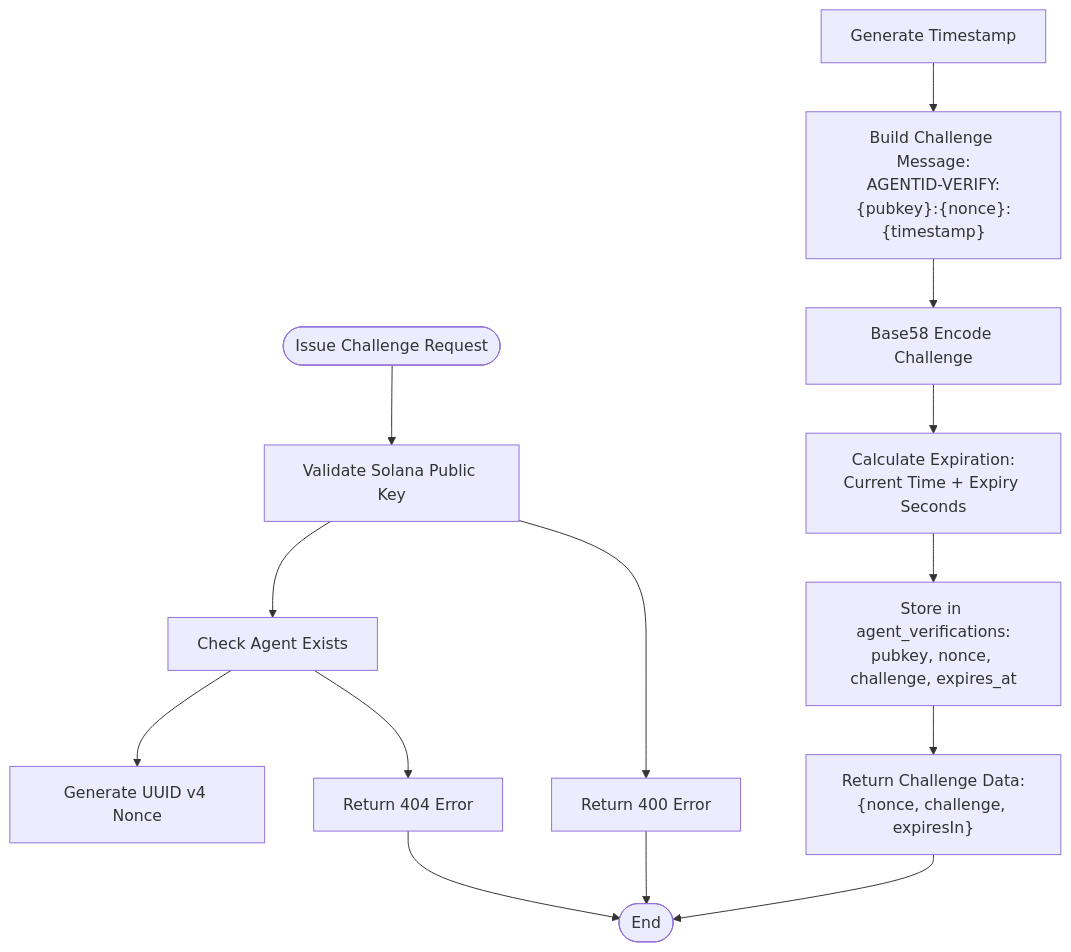
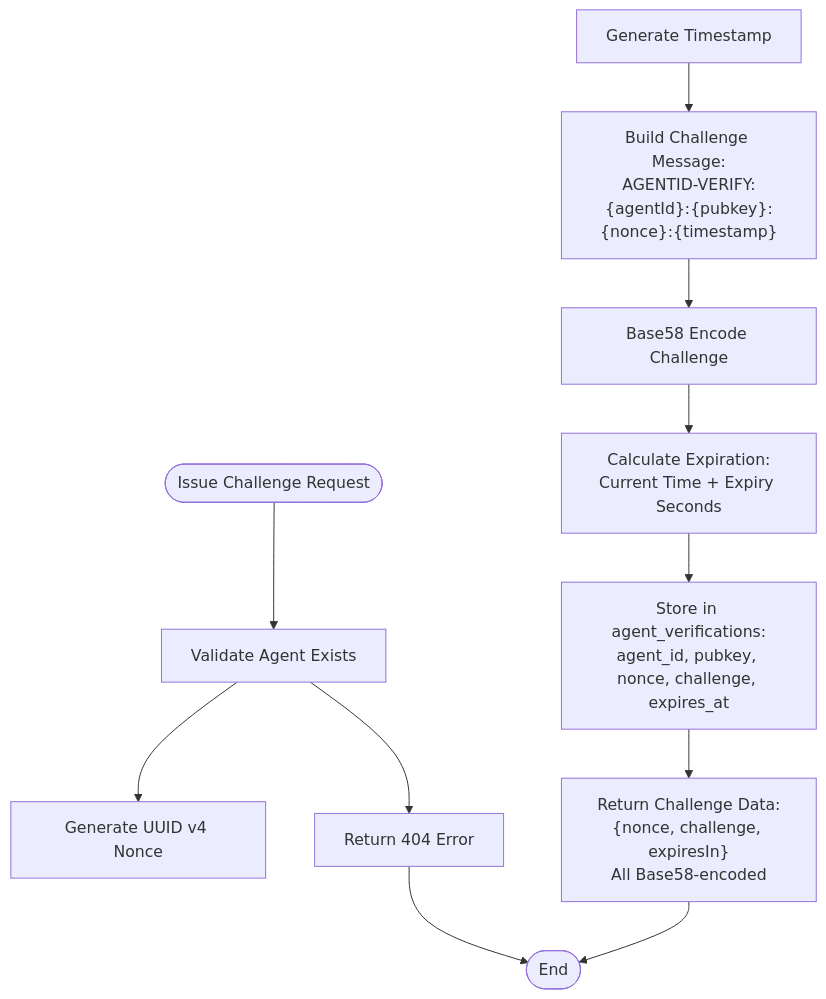
One commit to RunTimeAdmin/AgentID changed the third of 6 diagrams in .qoder/repowiki/en/content/Project Overview/Core Components/PKI Challenge-Response System.md. Above: the diagram before and after it, drawn with Mermaid. The commit also changed other lines of this file and 31 other files, not shown here.

Commit message:
Fix misleading Solana references in frontend — use Ed25519 public key terminology

````diff
--- a/.qoder/repowiki/en/content/Project Overview/Core Components/PKI Challenge-Response System.md
+++ b/.qoder/repowiki/en/content/Project Overview/Core Components/PKI Challenge-Response System.md
@@ -153,16 +170,13 @@
 ```mermaid
 flowchart TD
-Start([Issue Challenge Request]) --> ValidatePubkey["Validate Solana Public Key"]
-ValidatePubkey --> CheckAgent["Check Agent Exists"]
-CheckAgent --> GenerateNonce["Generate UUID v4 Nonce"]
-GenerateTimestamp["Generate Timestamp"] --> BuildMessage["Build Challenge Message:<br/>AGENTID-VERIFY:{pubkey}:{nonce}:{timestamp}"]
+Start([Issue Challenge Request]) --> ValidateAgent["Validate Agent Exists"]
+ValidateAgent --> GenerateNonce["Generate UUID v4 Nonce"]
+GenerateTimestamp["Generate Timestamp"] --> BuildMessage["Build Challenge Message:<br/>AGENTID-VERIFY:{agentId}:{pubkey}:{nonce}:{timestamp}"]
 BuildMessage --> EncodeChallenge["Base58 Encode Challenge"]
 EncodeChallenge --> CalculateExpiry["Calculate Expiration:<br/>Current Time + Expiry Seconds"]
-CalculateExpiry --> StoreRecord["Store in agent_verifications:<br/>pubkey, nonce, challenge, expires_at"]
-StoreRecord --> ReturnChallenge["Return Challenge Data:<br/>{nonce, challenge, expiresIn}"]
-ValidatePubkey --> Error1["Return 400 Error"]
-CheckAgent --> Error2["Return 404 Error"]
+CalculateExpiry --> StoreRecord["Store in agent_verifications:<br/>agent_id, pubkey, nonce, challenge, expires_at"]
+StoreRecord --> ReturnChallenge["Return Challenge Data:<br/>{nonce, challenge, expiresIn}<br/>All Base58-encoded"]
+ValidateAgent --> Error1["Return 404 Error"]
 Error1 --> End([End])
-Error2 --> End
 ReturnChallenge --> End
 ```
````
